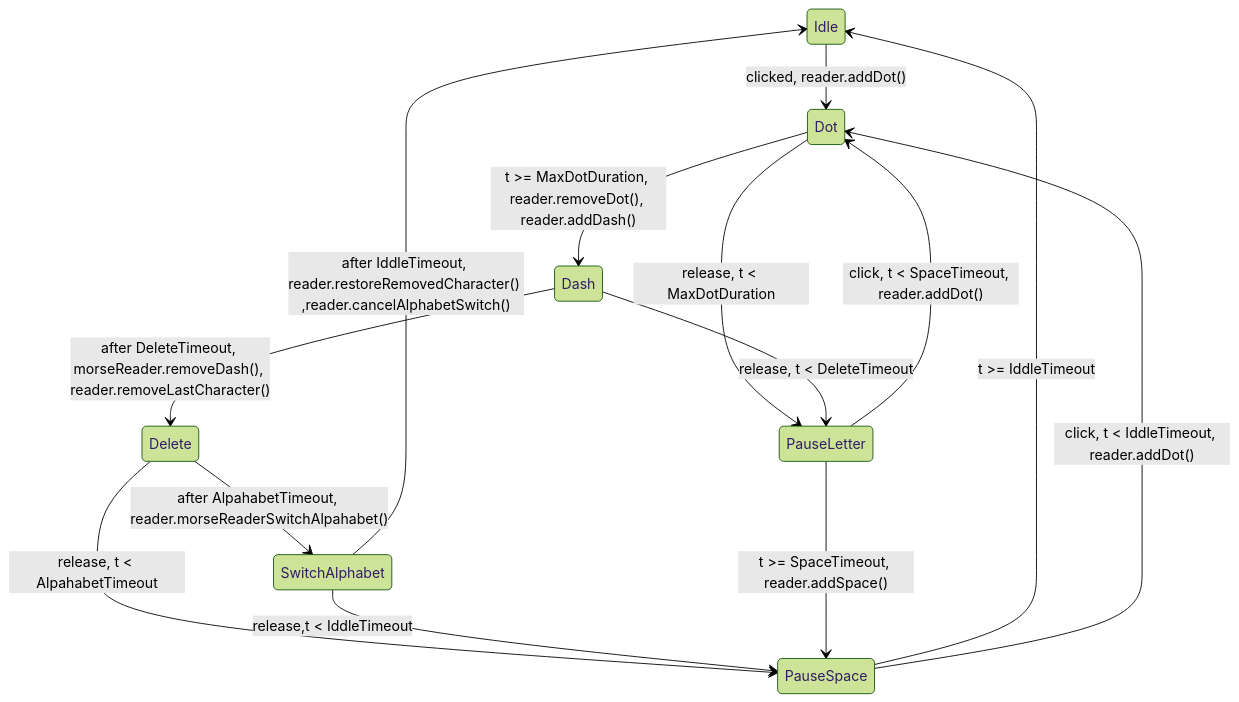
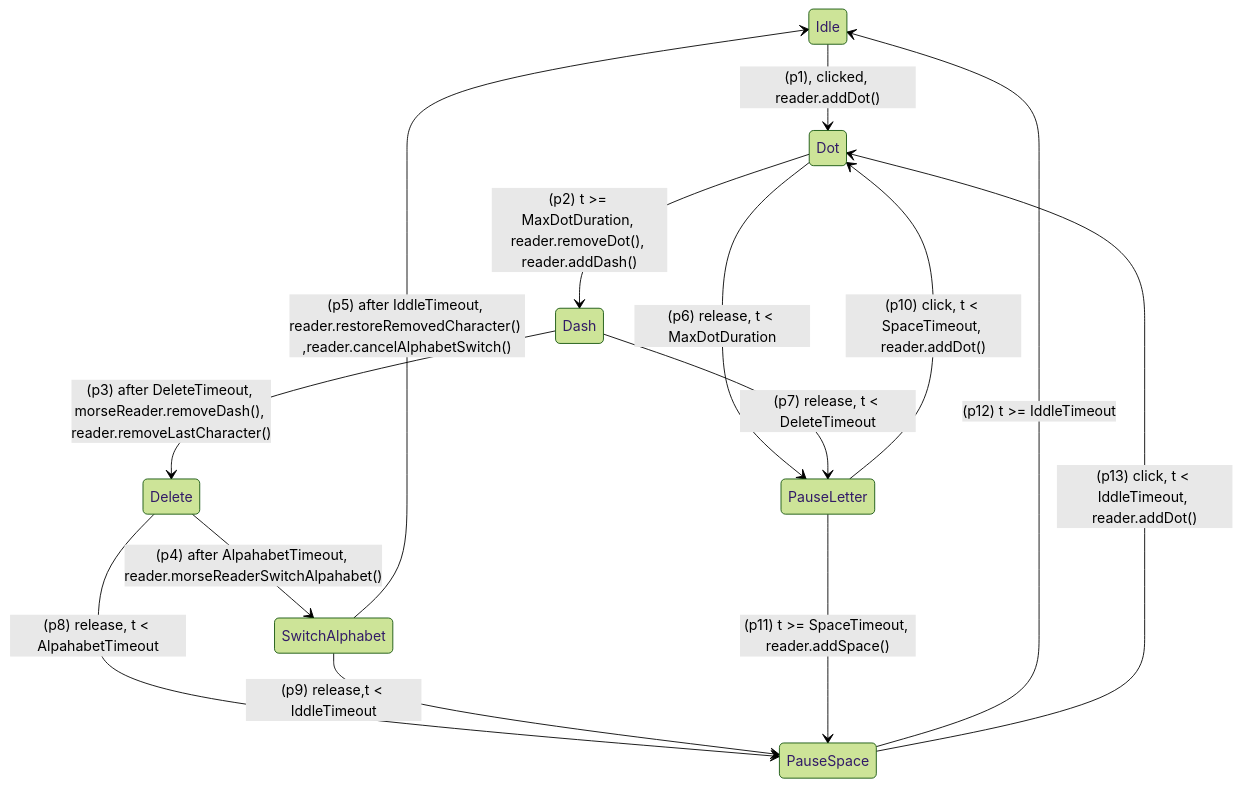
Before and after one commit to maxistar/morsetrainer-site: the first of 2 diagrams in readme.md, drawn with Mermaid (forest theme). The commit also changed 2 other files, not shown here.

Commit message:
async logic

````diff
--- a/readme.md
+++ b/readme.md
@@ -20,30 +20,30 @@
 ```mermaid
 
 stateDiagram
-    Idle --> Dot: clicked, reader.addDot()
+    Idle --> Dot: (p1), clicked, reader.addDot()
     
-    Dot --> Dash: t >= MaxDotDuration, reader.removeDot(), reader.addDash()
+    Dot --> Dash: (p2) t >= MaxDotDuration, reader.removeDot(), reader.addDash()
 
-    Dash --> Delete: after DeleteTimeout, morseReader.removeDash(), reader.removeLastCharacter()
+    Dash --> Delete: (p3) after DeleteTimeout, morseReader.removeDash(), reader.removeLastCharacter()
     
-    Delete --> SwitchAlphabet: after AlpahabetTimeout, reader.morseReaderSwitchAlpahabet()
+    Delete --> SwitchAlphabet: (p4) after AlpahabetTimeout, reader.morseReaderSwitchAlpahabet()
     
-    SwitchAlphabet --> Idle: after IddleTimeout, reader.restoreRemovedCharacter() ,reader.cancelAlphabetSwitch()
+    SwitchAlphabet --> Idle: (p5) after IddleTimeout, reader.restoreRemovedCharacter() ,reader.cancelAlphabetSwitch()
     
-    Dot --> PauseLetter: release, t < MaxDotDuration
+    Dot --> PauseLetter: (p6) release, t < MaxDotDuration
     
-    Dash --> PauseLetter: release, t < DeleteTimeout
+    Dash --> PauseLetter: (p7) release, t < DeleteTimeout
 
-    Delete --> PauseSpace: release, t < AlpahabetTimeout
+    Delete --> PauseSpace: (p8) release, t < AlpahabetTimeout
 
-    SwitchAlphabet --> PauseSpace: release,t < IddleTimeout
+    SwitchAlphabet --> PauseSpace: (p9) release,t < IddleTimeout
 
-    PauseLetter --> Dot: click, t < SpaceTimeout, reader.addDot()
+    PauseLetter --> Dot: (p10) click, t < SpaceTimeout, reader.addDot()
 
-    PauseLetter --> PauseSpace: t >= SpaceTimeout, reader.addSpace()
+    PauseLetter --> PauseSpace: (p11) t >= SpaceTimeout, reader.addSpace()
     
-    PauseSpace --> Idle: t >= IddleTimeout
+    PauseSpace --> Idle: (p12) t >= IddleTimeout
     
-    PauseSpace --> Dot: click, t < IddleTimeout, reader.addDot()
+    PauseSpace --> Dot: (p13) click, t < IddleTimeout, reader.addDot()
 
 ```
````
